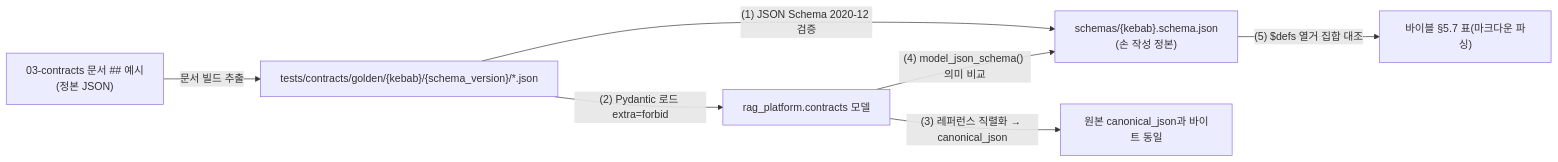
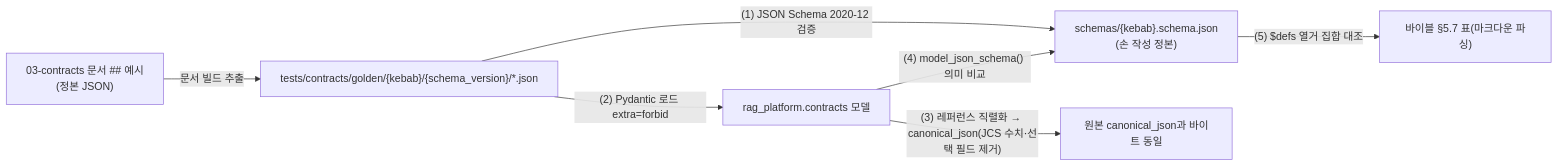
The second of 2 diagrams in docs/10-development/04-testing-strategy.md (dplayamin-ai/rag-platform), drawn with Mermaid before and after one commit. The commit also changed other lines of this file and 103 other files, not shown here.

````diff
--- a/docs/10-development/04-testing-strategy.md
+++ b/docs/10-development/04-testing-strategy.md
@@ -144,9 +144,9 @@
 ```mermaid
 flowchart LR
     DOC["03-contracts 문서 ## 예시<br/>(정본 JSON)"] -->|"문서 빌드 추출"| EX["tests/contracts/golden/{kebab}/{schema_version}/*.json"]
     EX -->|"(1) JSON Schema 2020-12 검증"| S["schemas/{kebab}.schema.json<br/>(손 작성 정본)"]
     EX -->|"(2) Pydantic 로드 extra=forbid"| P["rag_platform.contracts 모델"]
-    P -->|"(3) 레퍼런스 직렬화 → canonical_json"| RT["원본 canonical_json과 바이트 동일"]
+    P -->|"(3) 레퍼런스 직렬화 → canonical_json(JCS 수치·선택 필드 제거)"| RT["원본 canonical_json과 바이트 동일"]
     P -->|"(4) model_json_schema() 의미 비교"| S
     S -->|"(5) $defs 열거 집합 대조"| B["바이블 §5.7 표(마크다운 파싱)"]
 ```
````
